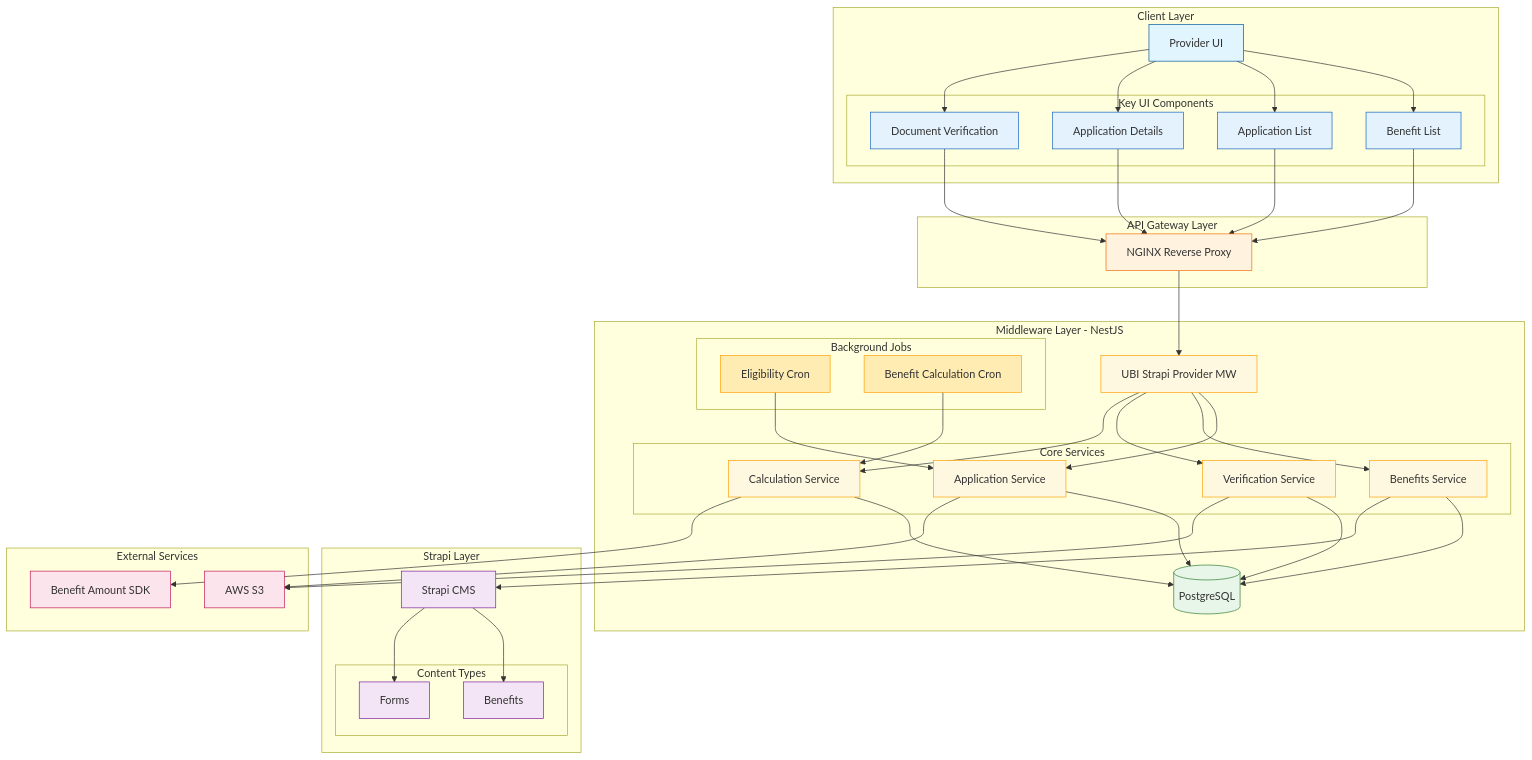
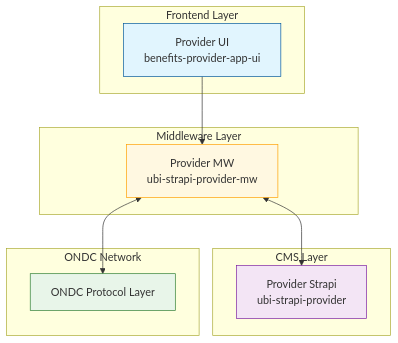
One commit to rajnishdargan/ubi-strapi-provider-mw changed the first of 3 diagrams in docs/arch-diagrams.md. Above: the diagram before and after it, drawn with Mermaid. The commit also changed other lines of this file, not shown here.

Commit message:
Issue #246252 fix: Diagram Documentation

````diff
--- a/docs/arch-diagrams.md
+++ b/docs/arch-diagrams.md
@@ -9,94 +9,26 @@
 ```mermaid
 graph TB
-    subgraph "Client Layer"
-        UI[Provider UI]
+    subgraph "Frontend Layer"
+        UI[Provider UI<br/>benefits-provider-app-ui]
         style UI fill:#e1f5fe,stroke:#01579b
-        subgraph "Key UI Components"
-            BL[Benefit List]
-            AL[Application List]
-            AD[Application Details]
-            DV[Document Verification]
-            style BL fill:#e3f2fd,stroke:#1565c0
-            style AL fill:#e3f2fd,stroke:#1565c0
-            style AD fill:#e3f2fd,stroke:#1565c0
-            style DV fill:#e3f2fd,stroke:#1565c0
-        end
     end
 
-    subgraph "API Gateway Layer"
-        NGINX[NGINX Reverse Proxy]
-        style NGINX fill:#fff3e0,stroke:#ef6c00
+    subgraph "Middleware Layer"
+        MW[Provider MW<br/>ubi-strapi-provider-mw]
+        style MW fill:#fff8e1,stroke:#ffa000
     end
 
-    subgraph "Middleware Layer - NestJS"
-        style MW fill:#fff8e1,stroke:#ffa000
-        MW[UBI Strapi Provider MW]
-        subgraph "Core Services"
-            AS[Application Service]
-            BS[Benefits Service]
-            VS[Verification Service]
-            CS[Calculation Service]
-            style AS fill:#fff8e1,stroke:#ffa000
-            style BS fill:#fff8e1,stroke:#ffa000
-            style VS fill:#fff8e1,stroke:#ffa000
-            style CS fill:#fff8e1,stroke:#ffa000
-        end
-        subgraph "Background Jobs"
-            EC[Eligibility Cron]
-            BC[Benefit Calculation Cron]
-            style EC fill:#ffecb3,stroke:#ffa000
-            style BC fill:#ffecb3,stroke:#ffa000
-        end
-        DB[(PostgreSQL)]
-        style DB fill:#e8f5e9,stroke:#2e7d32
+    subgraph "CMS Layer"
+        CMS[Provider Strapi<br/>ubi-strapi-provider]
+        style CMS fill:#f3e5f5,stroke:#7b1fa2
     end
 
-    subgraph "Strapi Layer"
-        SP[Strapi CMS]
-        style SP fill:#f3e5f5,stroke:#7b1fa2
-        subgraph "Content Types"
-            BT[Benefits]
-            FT[Forms]
-            style BT fill:#f3e5f5,stroke:#7b1fa2
-            style FT fill:#f3e5f5,stroke:#7b1fa2
-        end
+    subgraph "ONDC Network"
+        ONDC[ONDC Protocol Layer]
+        style ONDC fill:#e8f5e9,stroke:#2e7d32
     end
 
-    subgraph "External Services"
-        S3[AWS S3]
-        SDK[Benefit Amount SDK]
-        style S3 fill:#fce4ec,stroke:#c2185b
-        style SDK fill:#fce4ec,stroke:#c2185b
-    end
-
-    UI --> BL
-    UI --> AL
-    UI --> AD
-    UI --> DV
-
-    BL --> NGINX
-    AL --> NGINX
-    AD --> NGINX
-    DV --> NGINX
-    NGINX --> MW
-
-    MW --> AS
-    MW --> BS
-    MW --> VS
-    MW --> CS
-    AS --> DB
-    BS --> DB
-    VS --> DB
-    CS --> DB
-
-    EC --> AS
-    BC --> CS
-
-    VS --> S3
-    CS --> SDK
-    BS --> SP
-    SP --> BT
-    SP --> FT
-
-    AS --> S3
+    UI --> MW
+    MW <--> ONDC
+    MW <--> CMS
 ```
````
